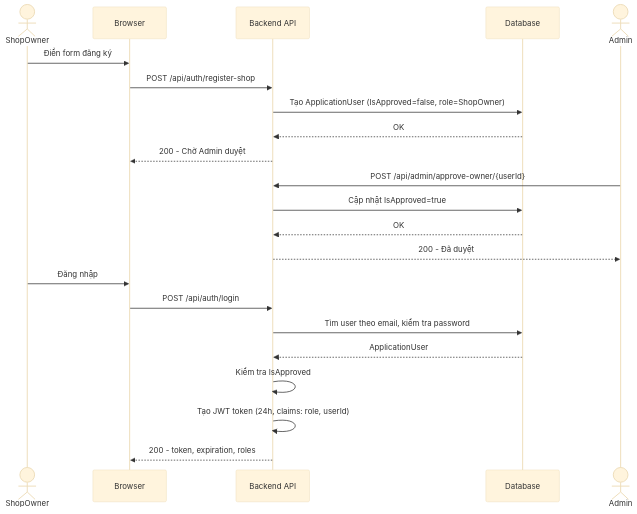
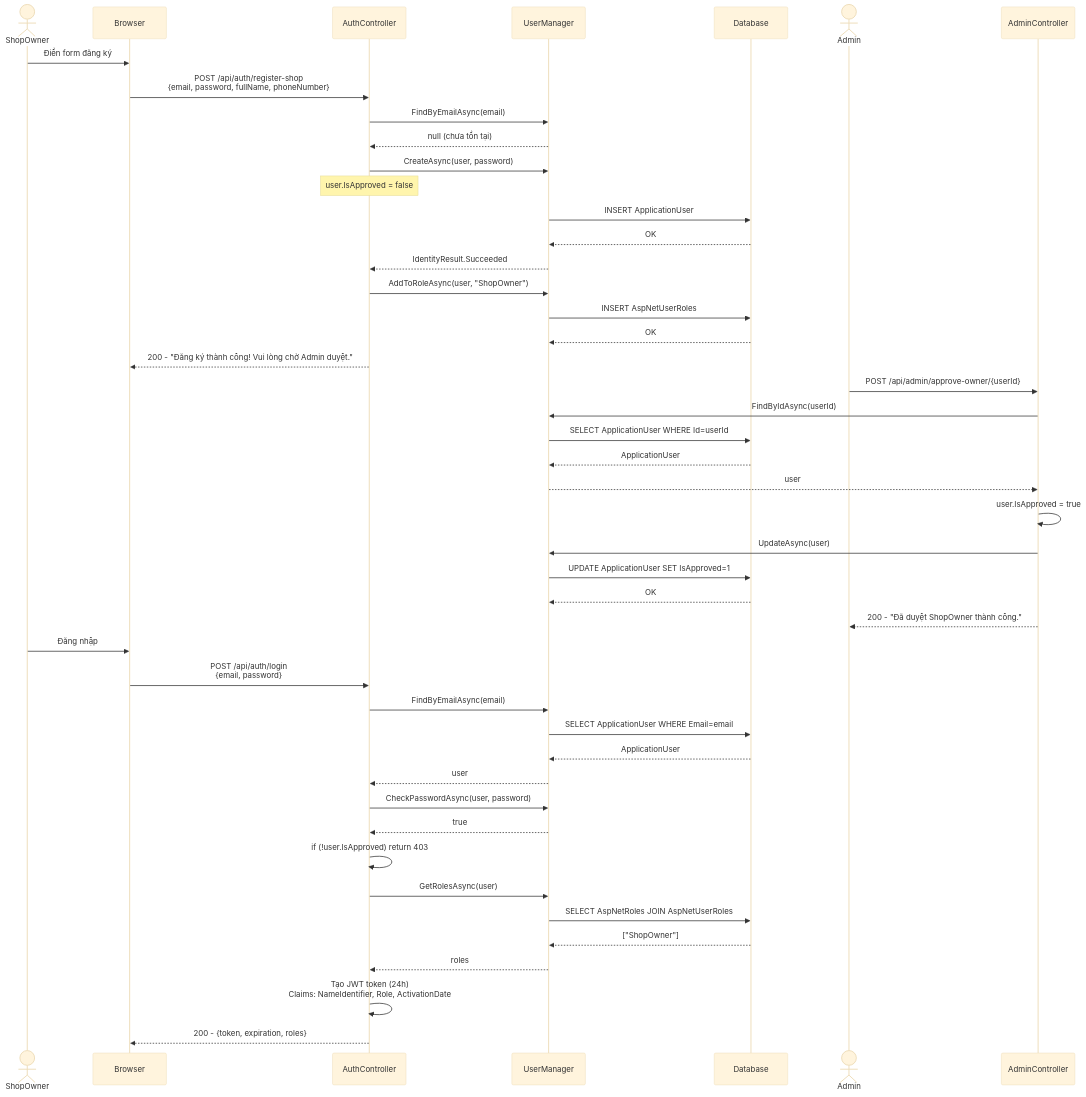
One commit to phamquyet47204/C-Sharp changed the fourth of 17 diagrams in README.md. Above: the diagram before and after it, drawn with Mermaid (base theme). The commit also changed other lines of this file, not shown here.

````diff
--- a/README.md
+++ b/README.md
@@ -414,27 +768,51 @@
 ```mermaid
 sequenceDiagram
   actor ShopOwner
   participant Browser
-  participant API as Backend API
+  participant AuthController
+  participant UserManager
   participant DB as Database
   actor Admin
+  participant AdminController
 
   ShopOwner->>Browser: Điền form đăng ký
-  Browser->>API: POST /api/auth/register-shop
-  API->>DB: Tạo ApplicationUser (IsApproved=false, role=ShopOwner)
-  DB-->>API: OK
-  API-->>Browser: 200 - Chờ Admin duyệt
+  Browser->>AuthController: POST /api/auth/register-shop<br/>{email, password, fullName, phoneNumber}
+  AuthController->>UserManager: FindByEmailAsync(email)
+  UserManager-->>AuthController: null (chưa tồn tại)
+  AuthController->>UserManager: CreateAsync(user, password)
+  Note over AuthController: user.IsApproved = false
+  UserManager->>DB: INSERT ApplicationUser
+  DB-->>UserManager: OK
+  UserManager-->>AuthController: IdentityResult.Succeeded
+  AuthController->>UserManager: AddToRoleAsync(user, "ShopOwner")
+  UserManager->>DB: INSERT AspNetUserRoles
+  DB-->>UserManager: OK
+  AuthController-->>Browser: 200 - "Đăng ký thành công! Vui lòng chờ Admin duyệt."
 
-  Admin->>API: POST /api/admin/approve-owner/{userId}
-  API->>DB: Cập nhật IsApproved=true
-  DB-->>API: OK
-  API-->>Admin: 200 - Đã duyệt
+  Admin->>AdminController: POST /api/admin/approve-owner/{userId}
+  AdminController->>UserManager: FindByIdAsync(userId)
+  UserManager->>DB: SELECT ApplicationUser WHERE Id=userId
+  DB-->>UserManager: ApplicationUser
+  UserManager-->>AdminController: user
+  AdminController->>AdminController: user.IsApproved = true
+  AdminController->>UserManager: UpdateAsync(user)
+  UserManager->>DB: UPDATE ApplicationUser SET IsApproved=1
+  DB-->>UserManager: OK
+  AdminController-->>Admin: 200 - "Đã duyệt ShopOwner thành công."
 
   ShopOwner->>Browser: Đăng nhập
-  Browser->>API: POST /api/auth/login
-  API->>DB: Tìm user theo email, kiểm tra password
-  DB-->>API: ApplicationUser
-  API->>API: Kiểm tra IsApproved
-  API->>API: Tạo JWT token (24h, claims: role, userId)
-  API-->>Browser: 200 - token, expiration, roles
+  Browser->>AuthController: POST /api/auth/login<br/>{email, password}
+  AuthController->>UserManager: FindByEmailAsync(email)
+  UserManager->>DB: SELECT ApplicationUser WHERE Email=email
+  DB-->>UserManager: ApplicationUser
+  UserManager-->>AuthController: user
+  AuthController->>UserManager: CheckPasswordAsync(user, password)
+  UserManager-->>AuthController: true
+  AuthController->>AuthController: if (!user.IsApproved) return 403
+  AuthController->>UserManager: GetRolesAsync(user)
+  UserManager->>DB: SELECT AspNetRoles JOIN AspNetUserRoles
+  DB-->>UserManager: ["ShopOwner"]
+  UserManager-->>AuthController: roles
+  AuthController->>AuthController: Tạo JWT token (24h)<br/>Claims: NameIdentifier, Role, ActivationDate
+  AuthController-->>Browser: 200 - {token, expiration, roles}
 ```
````
